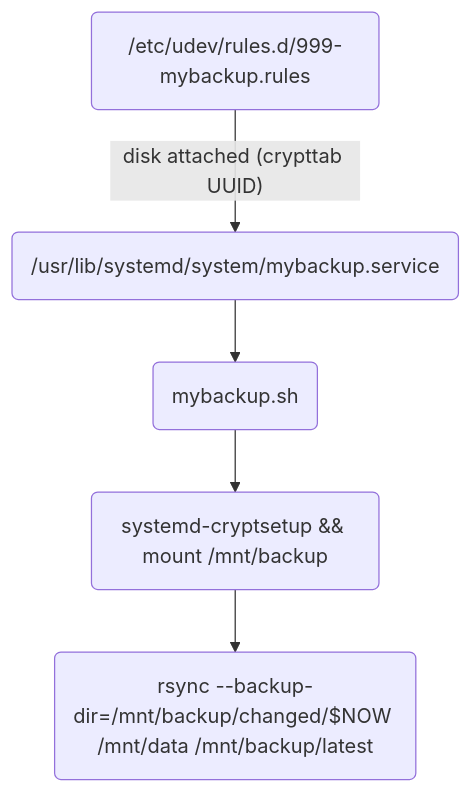
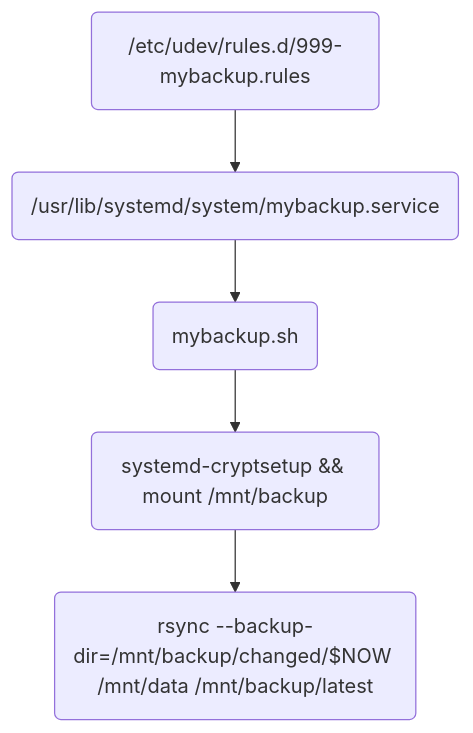
The diagram in README.md (andre-st/dotfiles), drawn with Mermaid before and after one commit.

````diff
--- a/README.md
+++ b/README.md
@@ -259,14 +259,14 @@
 ```mermaid
 graph TD
 
 	udev("/etc/udev/rules.d/999-mybackup.rules")
 	service("/usr/lib/systemd/system/mybackup.service")
 	sh("mybackup.sh")
 	mount("systemd-cryptsetup && mount /mnt/backup")
 	rsync("rsync --backup-dir=/mnt/backup/changed/$NOW /mnt/data /mnt/backup/latest")
 
-	udev-- disk attached (crypttab UUID) -->service
+	udev -->service
 	service --> sh
 	sh --> mount
 	mount --> rsync	
 ```
````
